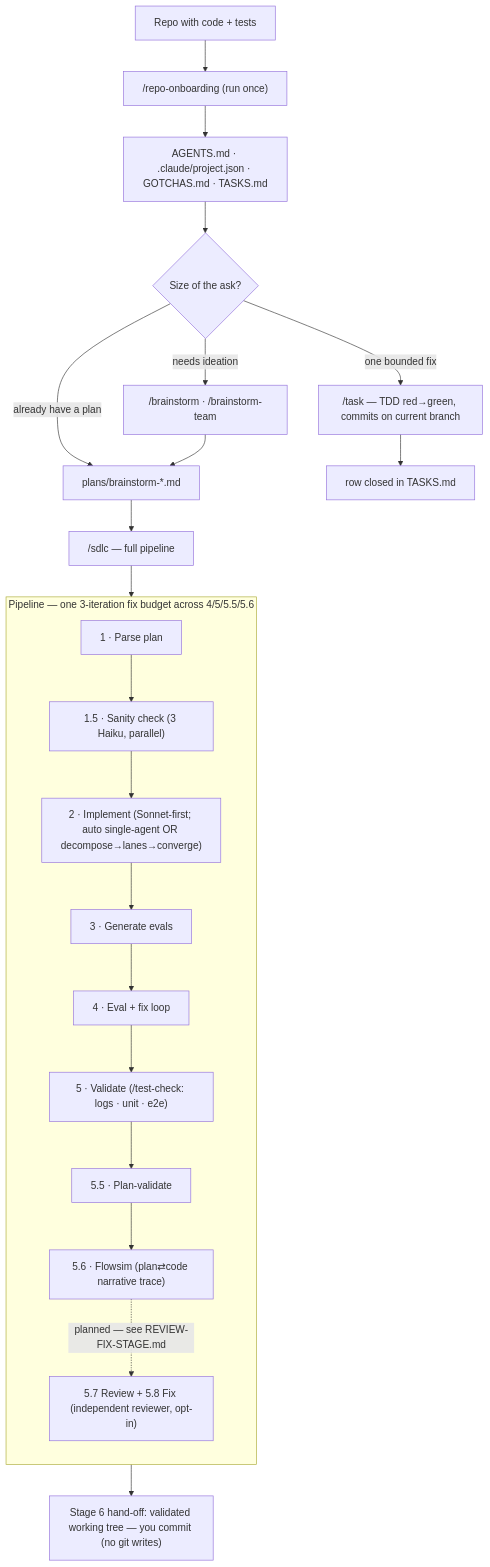
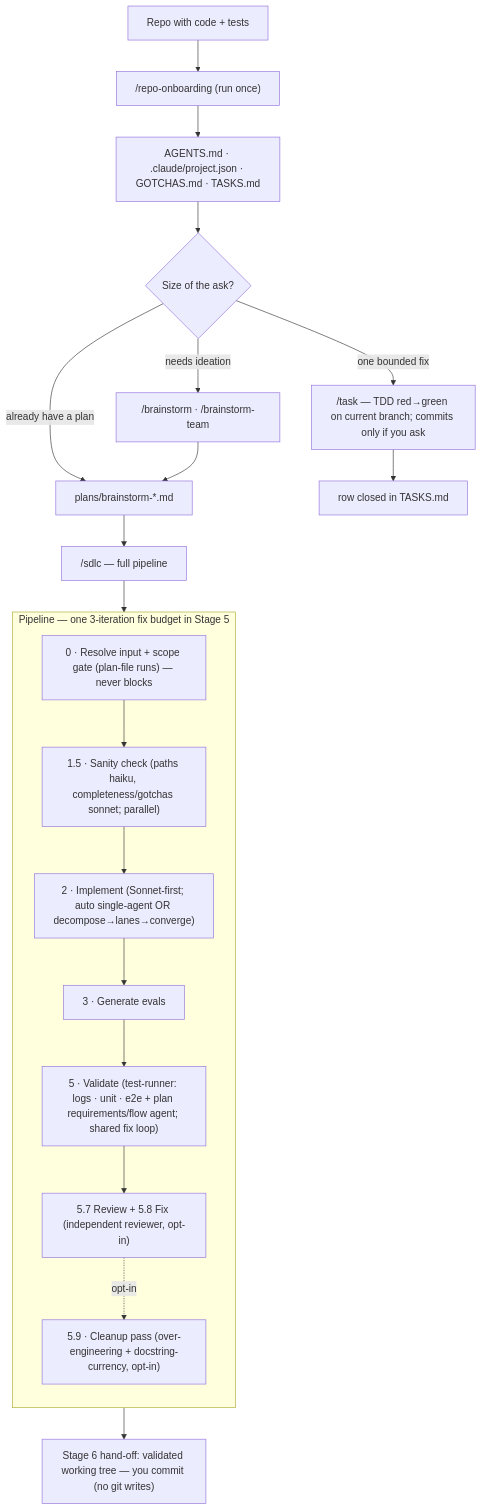
Before and after one commit to exerias21/brainstorm-toolkit: the diagram in docs/FLOW.md, drawn with Mermaid. The commit also changed other lines of this file and 141 other files, not shown here.

First line of the commit message:
SDLC hardening: scope gate, working seam, drift-prevention CI, docs sweep, Jev plan — plus token audit & cross-tool portability (#15)

````diff
--- a/docs/FLOW.md
+++ b/docs/FLOW.md
@@ -23,27 +25,26 @@
 ```mermaid
 flowchart TD
     R["Repo with code + tests"] --> ONB["/repo-onboarding  (run once)"]
     ONB --> CFG["AGENTS.md · .claude/project.json · GOTCHAS.md · TASKS.md"]
     CFG --> PICK{"Size of the ask?"}
 
-    PICK -->|"one bounded fix"| TASK["/task — TDD red→green, commits on current branch"]
+    PICK -->|"one bounded fix"| TASK["/task — TDD red→green on current branch; commits only if you ask"]
     PICK -->|"needs ideation"| BS["/brainstorm · /brainstorm-team"]
     PICK -->|"already have a plan"| PLAN["plans/brainstorm-*.md"]
     BS --> PLAN
 
     PLAN --> SDLC["/sdlc — full pipeline"]
     SDLC --> PIPE
 
-    subgraph PIPE ["Pipeline — one 3-iteration fix budget across 4/5/5.5/5.6"]
+    subgraph PIPE ["Pipeline — one 3-iteration fix budget in Stage 5"]
       direction TB
-      S1["1 · Parse plan"] --> S15["1.5 · Sanity check (3 Haiku, parallel)"]
+      S0["0 · Resolve input + scope gate (plan-file runs) — never blocks"] --> S15["1.5 · Sanity check (paths haiku, completeness/gotchas sonnet; parallel)"]
       S15 --> S2["2 · Implement (Sonnet-first; auto single-agent OR decompose→lanes→converge)"]
-      S2 --> S3["3 · Generate evals"] --> S4["4 · Eval + fix loop"]
-      S4 --> S5["5 · Validate (/test-check: logs · unit · e2e)"] --> S55["5.5 · Plan-validate"]
-      S55 --> S56["5.6 · Flowsim (plan⇄code narrative trace)"]
-      S56 -. "planned — see REVIEW-FIX-STAGE.md" .-> S57["5.7 Review + 5.8 Fix (independent reviewer, opt-in)"]
+      S2 --> S3["3 · Generate evals"] --> S5["5 · Validate (test-runner: logs · unit · e2e + plan requirements/flow agent; shared fix loop)"]
+      S5 --> S57["5.7 Review + 5.8 Fix (independent reviewer, opt-in)"]
+      S57 -.->|"opt-in"| S59["5.9 · Cleanup pass (over-engineering + docstring-currency, opt-in)"]
     end
 
     PIPE --> HO["Stage 6 hand-off: validated working tree — you commit (no git writes)"]
     TASK --> DONE["row closed in TASKS.md"]
 ```
````
